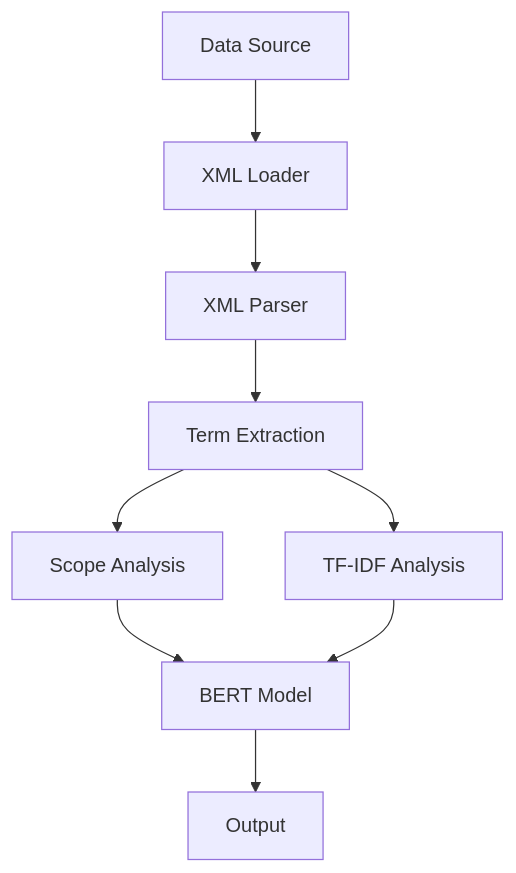
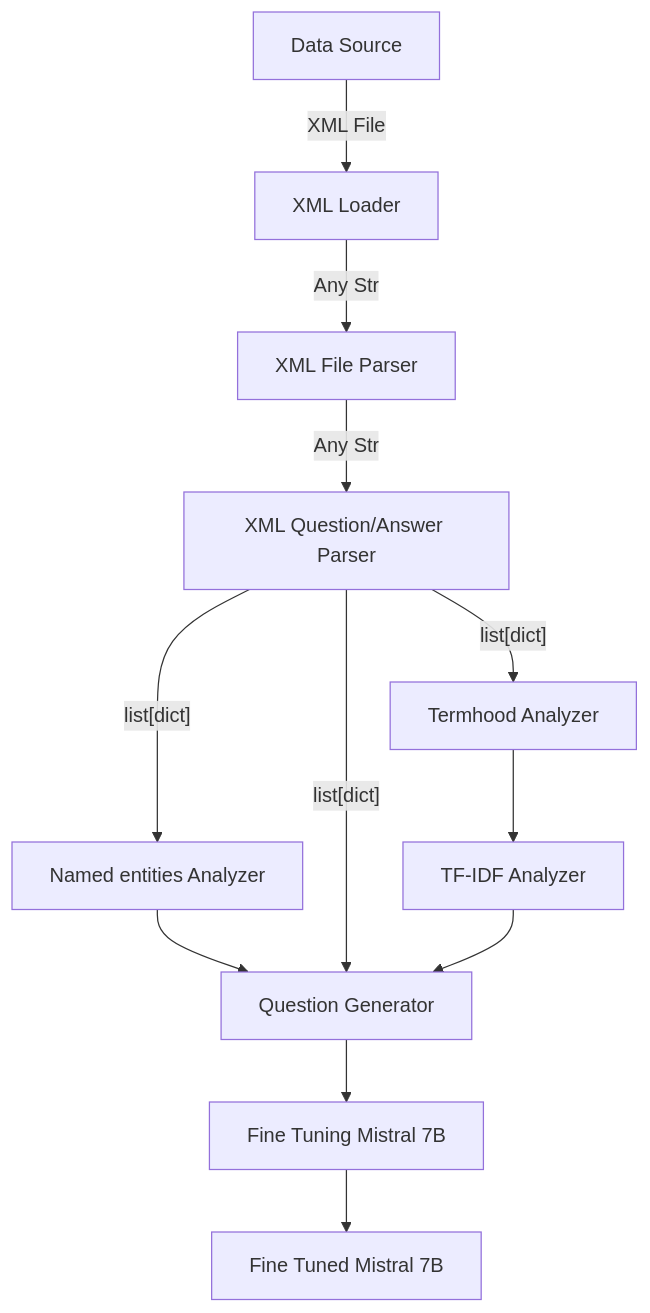
The diagram in README.md (neoseb59/ChatBot_NLP), drawn with Mermaid before and after one commit. The commit also changed other lines of this file and 3 other files, not shown here.

````diff
--- a/README.md
+++ b/README.md
@@ -15,14 +17,17 @@
 ```mermaid
 graph TD;
-    A[Data Source] --> B[XML Loader];
-    B --> C[XML Parser];
-    C --> D[Term Extraction];
-    D --> E[Scope Analysis];
-    D --> F[TF-IDF Analysis];
-    E --> G[BERT Model];
+    A[Data Source] --XML File--> B[XML Loader];
+    B --Any Str --> K[XML File Parser]
+    K --Any Str--> C[XML Question/Answer Parser];
+    C --list[dict]--> I[Termhood Analyzer]
+    C --list[dict]--> E[Named entities Analyzer];
+    I --> F[TF-IDF Analyzer];
+    E --> G[Question Generator];
+    C --list[dict]--> G;
     F --> G;
-    G --> H[Output];
+    G --> H[Fine Tuning Mistral 7B];
+    H --> J[Fine Tuned Mistral 7B];
 
-    class A,B,C,D,F,E,G,H nodeStyle;
+    class A,B,C,D,F,E,G,H,I,J,K nodeStyle;
 
 ```
````
